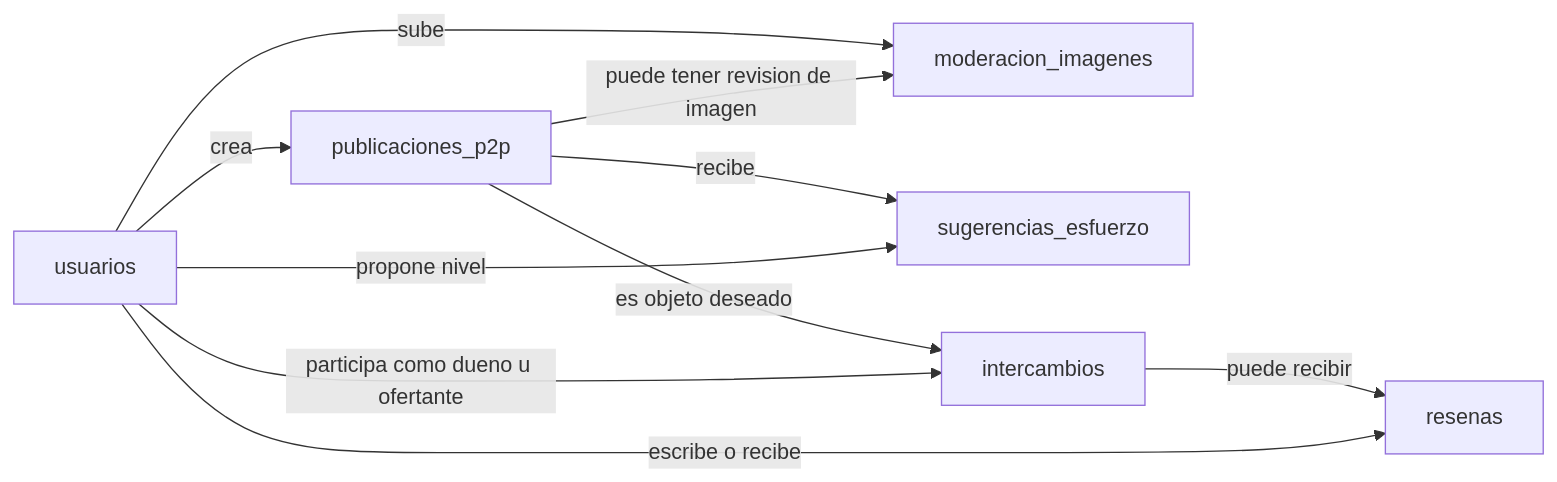
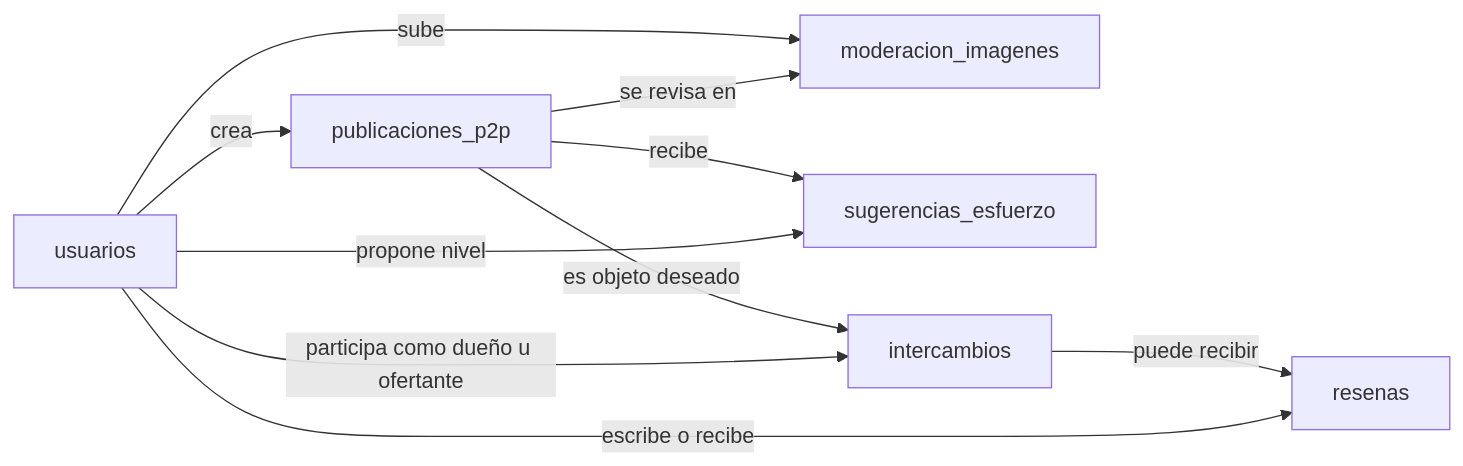
The third of 4 diagrams in diagramas_mermaid_srs.md (GVal24/switchWeb), drawn with Mermaid before and after one commit. The commit also changed other lines of this file and 2 other files, not shown here.

````diff
--- a/diagramas_mermaid_srs.md
+++ b/diagramas_mermaid_srs.md
@@ -88,19 +57,19 @@
 ```mermaid
 flowchart LR
     PostUsers["usuarios"]
     Posts["publicaciones_p2p"]
     Images["moderacion_imagenes"]
     Suggestions["sugerencias_esfuerzo"]
     Swaps["intercambios"]
     Reviews["resenas"]
 
     PostUsers -->|"crea"| Posts
     PostUsers -->|"sube"| Images
-    Posts -->|"puede tener revision de imagen"| Images
+    Posts -->|"se revisa en"| Images
     Posts -->|"recibe"| Suggestions
     PostUsers -->|"propone nivel"| Suggestions
     Posts -->|"es objeto deseado"| Swaps
-    PostUsers -->|"participa como dueno u ofertante"| Swaps
+    PostUsers -->|"participa como dueño u ofertante"| Swaps
     Swaps -->|"puede recibir"| Reviews
     PostUsers -->|"escribe o recibe"| Reviews
 ```
````
